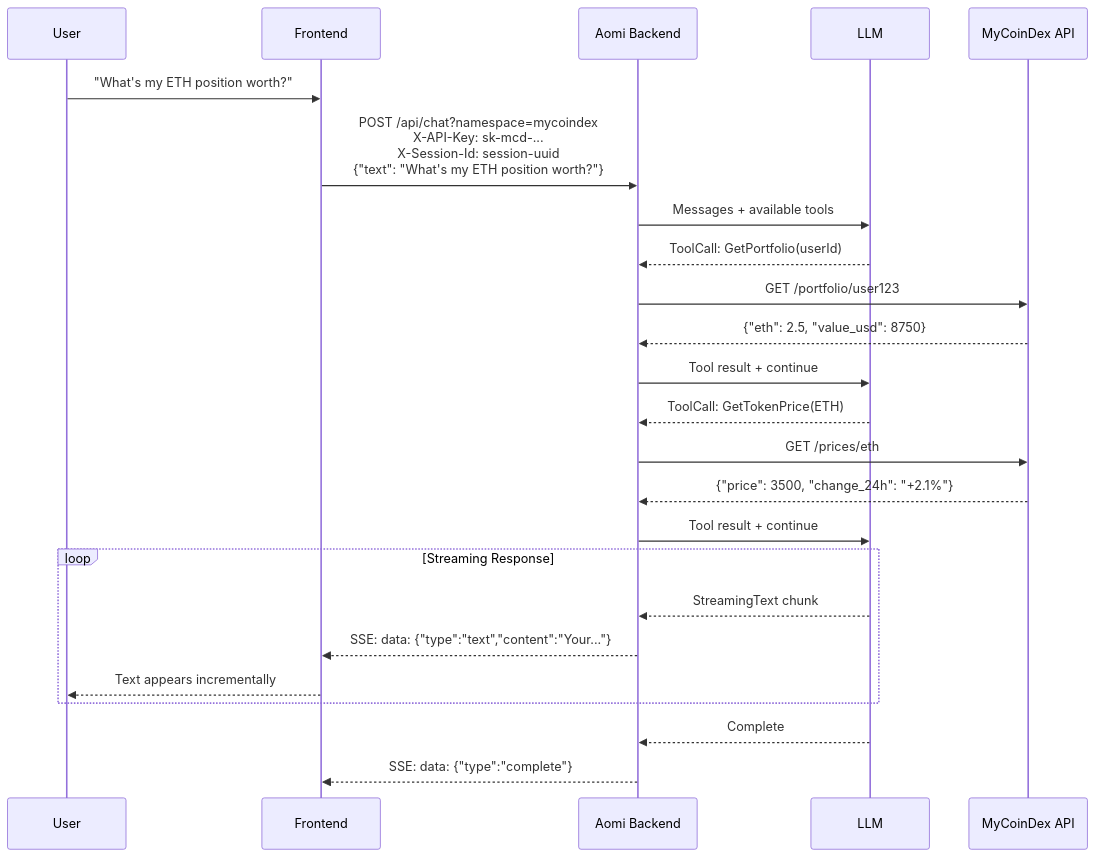
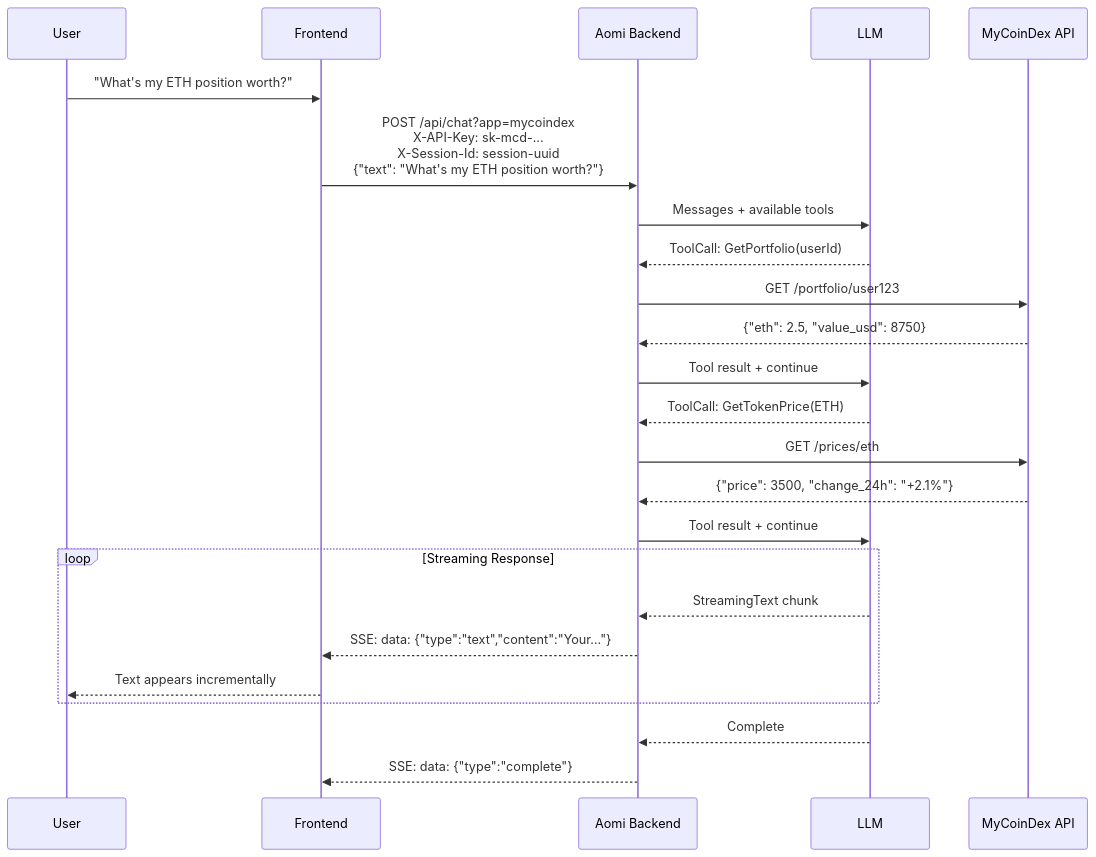
The second of 2 diagrams in apps/landing/content/guides/build/how-it-works.mdx (aomi-labs/aomi-widget), drawn with Mermaid before and after one commit. The commit also changed other lines of this file and 24 other files, not shown here.

````diff
--- a/apps/landing/content/guides/build/how-it-works.mdx
+++ b/apps/landing/content/guides/build/how-it-works.mdx
@@ -135,34 +135,34 @@
 ```mermaid
 sequenceDiagram
     participant User
     participant Frontend
     participant Aomi as Aomi Backend
     participant LLM
     participant Tool as MyCoinDex API
 
     User->>Frontend: "What's my ETH position worth?"
-    Frontend->>Aomi: POST /api/chat?namespace=mycoindex<br/>X-API-Key: sk-mcd-...<br/>X-Session-Id: session-uuid<br/>{"text": "What's my ETH position worth?"}
+    Frontend->>Aomi: POST /api/chat?app=mycoindex<br/>X-API-Key: sk-mcd-...<br/>X-Session-Id: session-uuid<br/>{"text": "What's my ETH position worth?"}
 
     Aomi->>LLM: Messages + available tools
     LLM-->>Aomi: ToolCall: GetPortfolio(userId)
 
     Aomi->>Tool: GET /portfolio/user123
     Tool-->>Aomi: {"eth": 2.5, "value_usd": 8750}
 
     Aomi->>LLM: Tool result + continue
     LLM-->>Aomi: ToolCall: GetTokenPrice(ETH)
 
     Aomi->>Tool: GET /prices/eth
     Tool-->>Aomi: {"price": 3500, "change_24h": "+2.1%"}
 
     Aomi->>LLM: Tool result + continue
 
     loop Streaming Response
         LLM-->>Aomi: StreamingText chunk
         Aomi-->>Frontend: SSE: data: {"type":"text","content":"Your..."}
         Frontend-->>User: Text appears incrementally
     end
 
     LLM-->>Aomi: Complete
     Aomi-->>Frontend: SSE: data: {"type":"complete"}
 ```
````
